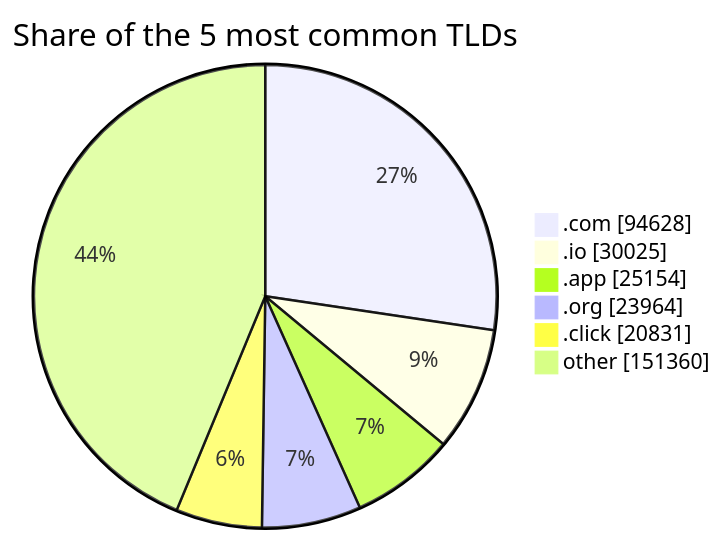
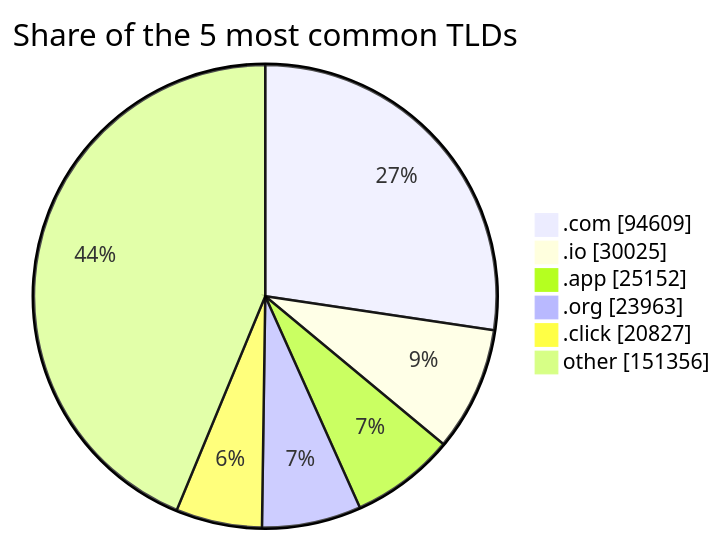
One commit to DNSBunker/CTI changed the third of 3 diagrams in README.md. Above: the diagram before and after it, drawn with Mermaid. The commit also changed other lines of this file and 3 other files, not shown here.

````diff
--- a/README.md
+++ b/README.md
@@ -81,9 +81,9 @@
 ```mermaid
 pie showData title Share of the 5 most common TLDs
-    ".com" : 94628
+    ".com" : 94609
     ".io" : 30025
-    ".app" : 25154
-    ".org" : 23964
-    ".click" : 20831
-    "other" : 151360
+    ".app" : 25152
+    ".org" : 23963
+    ".click" : 20827
+    "other" : 151356
 ```
````
